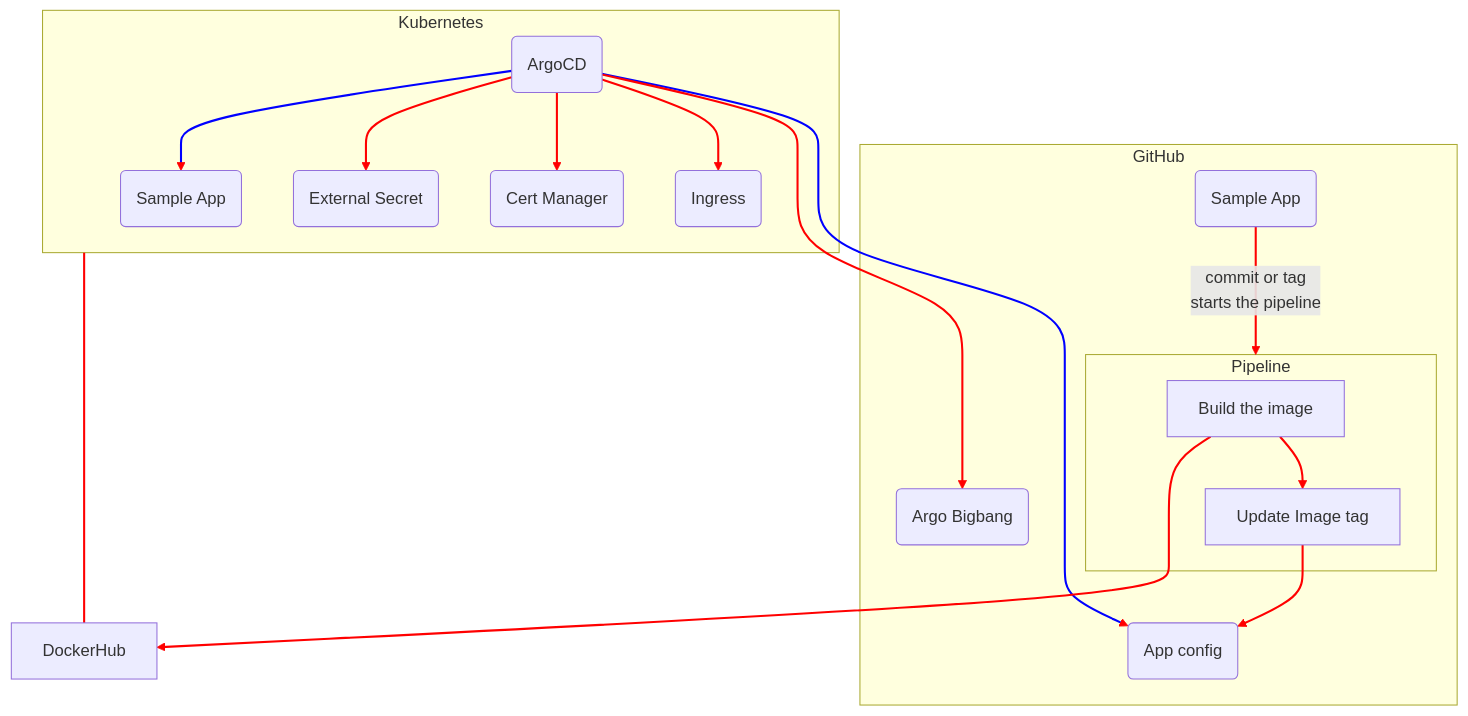
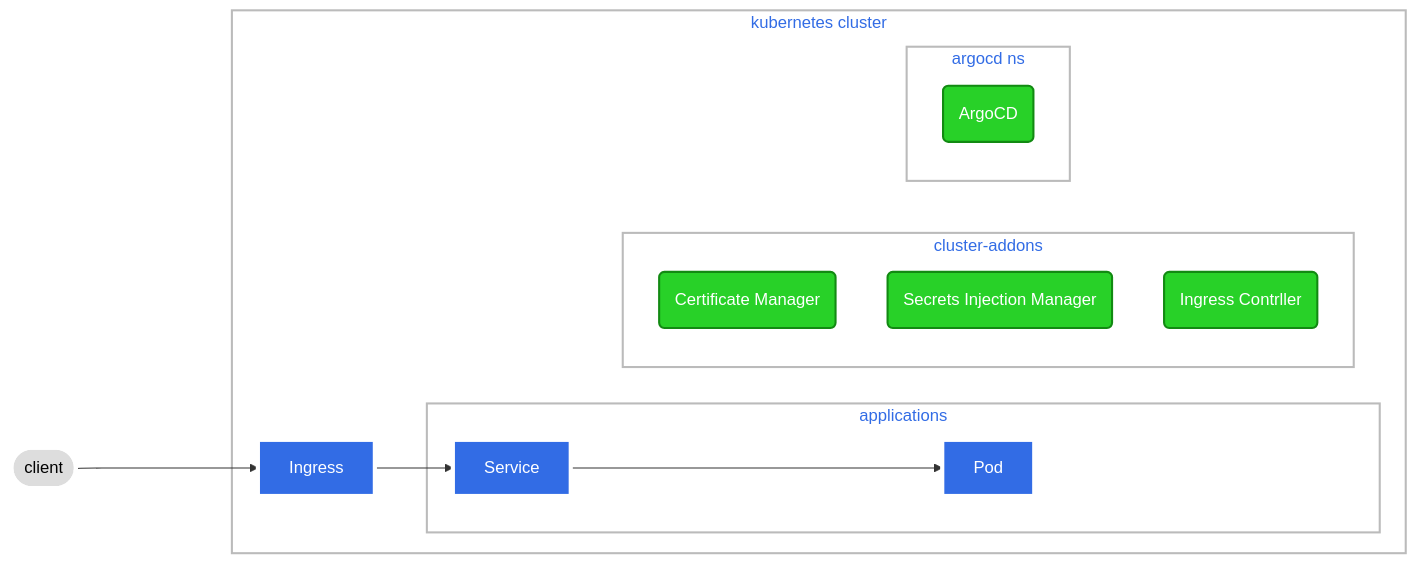
The diagram in profile/README.md (argo-universe/.github), drawn with Mermaid before and after one commit. The commit also changed other lines of this file, not shown here.

````diff
--- a/profile/README.md
+++ b/profile/README.md
@@ -15,41 +30,37 @@
 ``` mermaid
-flowchart  TB
-subgraph repository [GitHub]
-    APPCONF(App config) 
-    BIGBANG(Argo Bigbang) 
-    SAPP(Sample App)
-
-    subgraph Pipeline [Pipeline]
-        BUILD[Build the image] 
-        UPDATEIMAGE[Update Image tag] 
+flowchart  LR
+ client([client])---->ingress[Ingress];
+ ingress--> service[Service];
+ subgraph kubernetes cluster
+    ingress;
+    subgraph applications
+    
+        service-->pod1[Pod];
     end
+    subgraph cluster-addons
+        
+        CM(Certificate Manager);
+        SI(Secrets Injection Manager);
+        ING(Ingress Contrller)
+    end
+    subgraph argocd ns
+        ArgoCD(ArgoCD);
+    end
+ end
 
 
-end
 
-subgraph kubernetes [Kubernetes]
-        AROGO(ArgoCD) 
-        SA(Sample App)
-        ING(Ingress)
-        CERT(Cert Manager)
-        EXT(External Secret)
-end
+ classDef plain fill:#ddd,stroke:#fff,stroke-width:4px,color:#000;
+ classDef k8sAddons fill:#28d128,stroke:#128a12,stroke-width:2px,color:#fff;
+ classDef k8s fill:#326ce5,stroke:#fff,stroke-width:4px,color:#fff;
+ classDef cluster fill:#fff,stroke:#bbb,stroke-width:2px,color:#326ce5;
+ class ingress,service,pod1,pod2 k8s;
+ class ArgoCD,CM,SI,ING k8sAddons;
+ class client plain;
+ class cluster cluster;
 
 
-AROGO ----->  APPCONF
-AROGO ---->  BIGBANG 
-AROGO -->  ING
-AROGO --> CERT
-AROGO -->  EXT 
-AROGO -->  SA
-SAPP --> |commit or tag <br> starts the pipeline| Pipeline
-BUILD --> UPDATEIMAGE
-BUILD --> DockerHub
-UPDATEIMAGE --> APPCONF
 
-kubernetes ------ DockerHub
 
-linkStyle 0 stroke-width:2px,fill:none,stroke:blue;
-linkStyle 5 stroke-width:2px,fill:none,stroke:blue;
-linkStyle default stroke-width:2px,fill:none,stroke:red;
+
 ```
````
